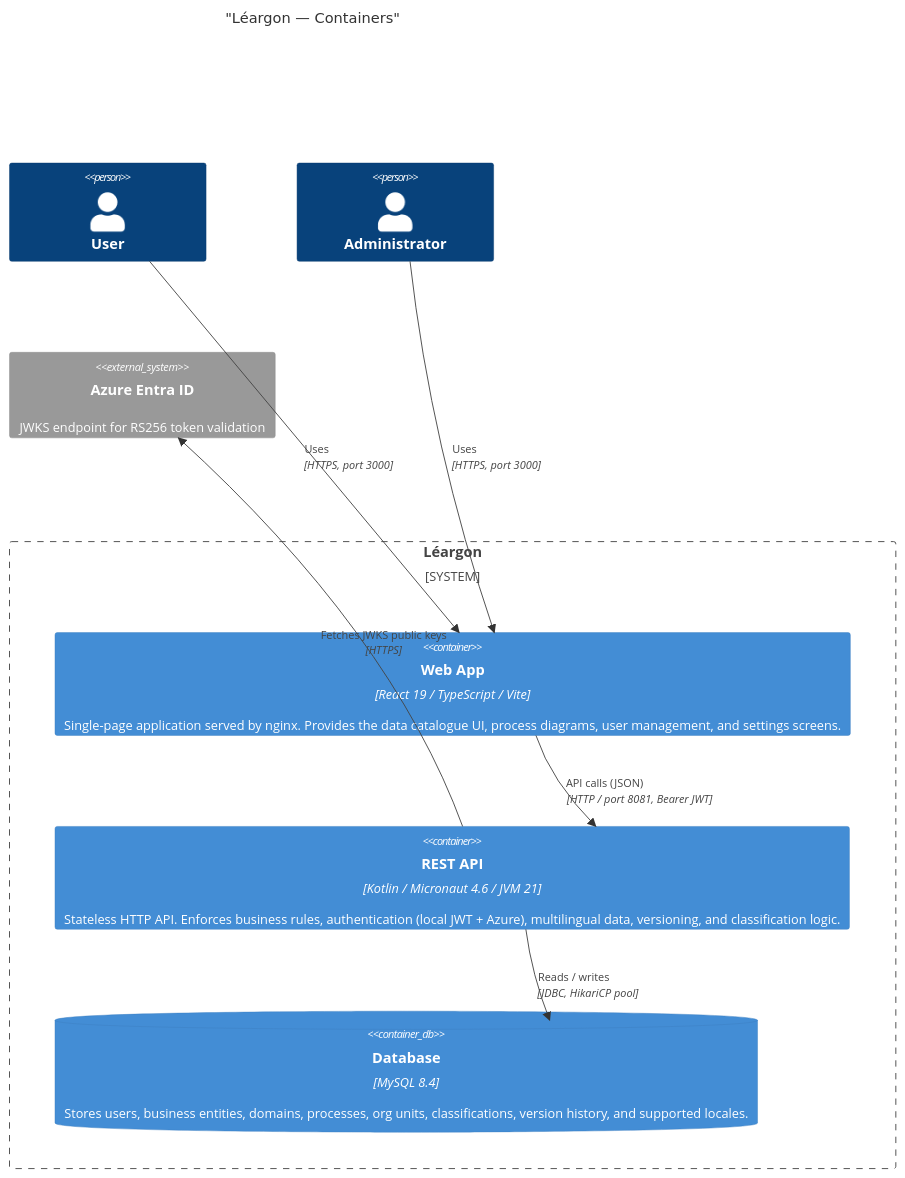
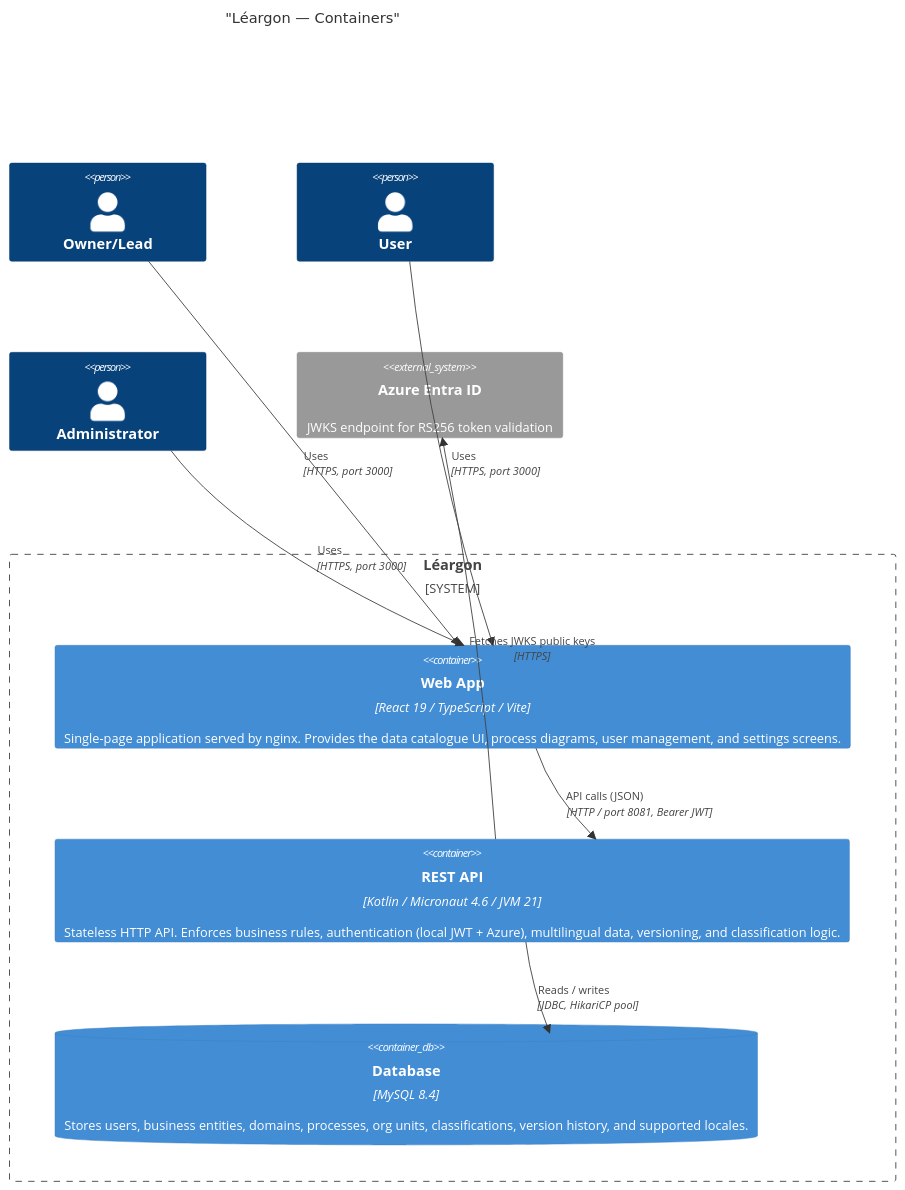
Before and after one commit to Leargon/Leargon: the second of 7 diagrams in ARCHITECTURE.md, drawn with Mermaid. The commit also changed other lines of this file, not shown here.

````diff
--- a/ARCHITECTURE.md
+++ b/ARCHITECTURE.md
@@ -35,21 +37,23 @@
 ```mermaid
 C4Container
   title "Léargon — Containers"
 
+  Person(owner, "Owner/Lead")
   Person(user, "User")
   Person(admin, "Administrator")
 
   System_Boundary(leargon, "Léargon") {
     Container(frontend, "Web App", "React 19 / TypeScript / Vite", "Single-page application served by nginx. Provides the data catalogue UI, process diagrams, user management, and settings screens.")
     Container(backend, "REST API", "Kotlin / Micronaut 4.6 / JVM 21", "Stateless HTTP API. Enforces business rules, authentication (local JWT + Azure), multilingual data, versioning, and classification logic.")
     ContainerDb(db, "Database", "MySQL 8.4", "Stores users, business entities, domains, processes, org units, classifications, version history, and supported locales.")
   }
 
   System_Ext(azure, "Azure Entra ID", "JWKS endpoint for RS256 token validation")
 
+  Rel(owner, frontend, "Uses", "HTTPS, port 3000")
   Rel(user, frontend, "Uses", "HTTPS, port 3000")
   Rel(admin, frontend, "Uses", "HTTPS, port 3000")
   Rel(frontend, backend, "API calls (JSON)", "HTTP / port 8081, Bearer JWT")
   Rel(backend, db, "Reads / writes", "JDBC, HikariCP pool")
   Rel(backend, azure, "Fetches JWKS public keys", "HTTPS")
 ```
````
